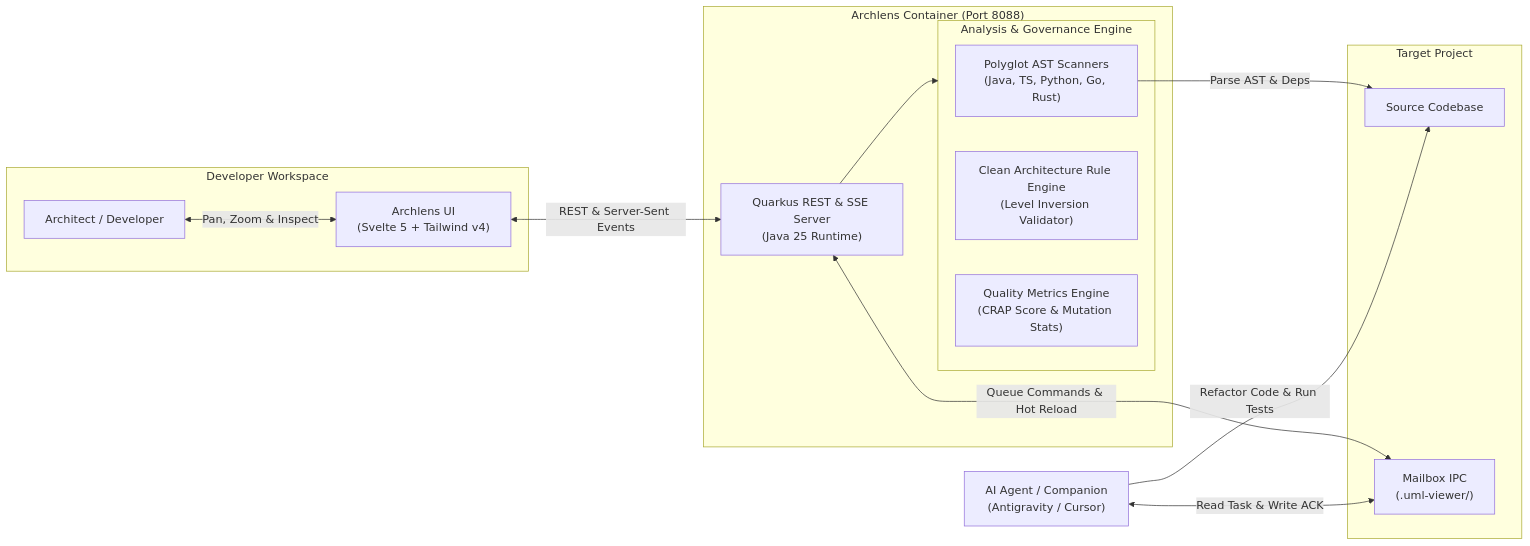
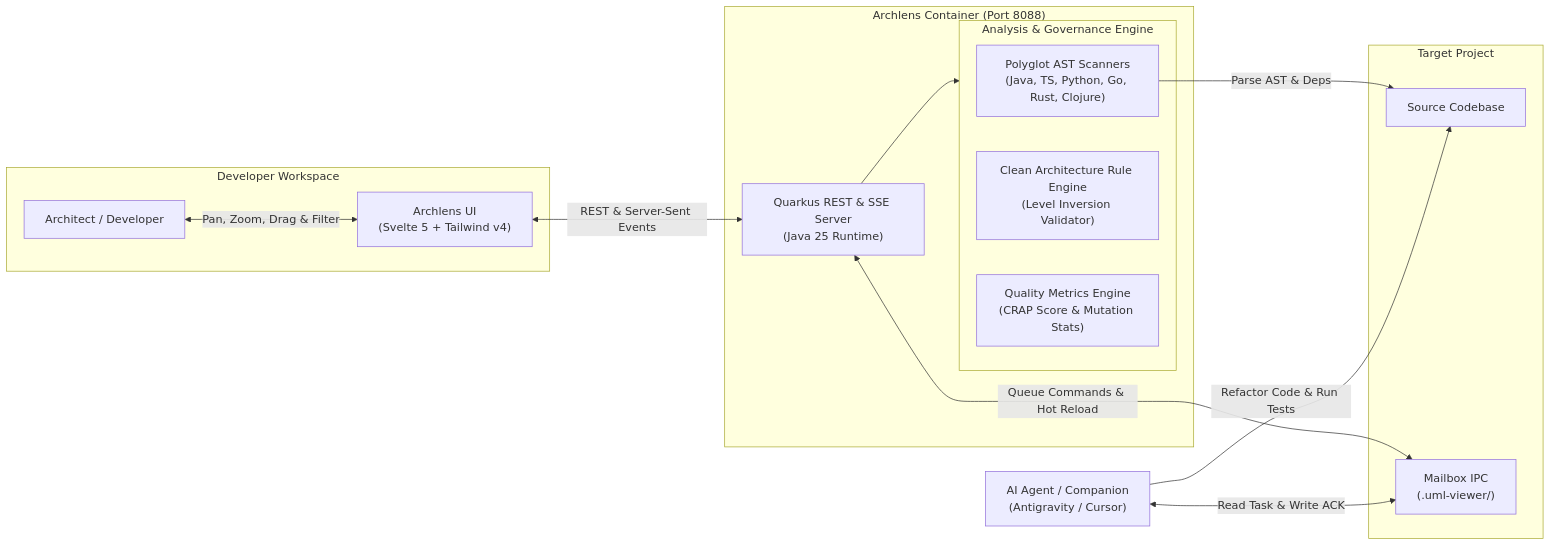
One commit to fmatar/archlens changed the diagram in README.md. Above: the diagram before and after it, drawn with Mermaid. The commit also changed other lines of this file and 1 other file, not shown here.

````diff
--- a/README.md
+++ b/README.md
@@ -46,32 +47,32 @@
 ```mermaid
 flowchart LR
     subgraph Client ["Developer Workspace"]
         User["Architect / Developer"]
         Browser["Archlens UI<br/>(Svelte 5 + Tailwind v4)"]
     end
 
     subgraph Runtime ["Archlens Container (Port 8088)"]
         Server["Quarkus REST & SSE Server<br/>(Java 25 Runtime)"]
         
         subgraph Core ["Analysis & Governance Engine"]
-            Scanner["Polyglot AST Scanners<br/>(Java, TS, Python, Go, Rust)"]
+            Scanner["Polyglot AST Scanners<br/>(Java, TS, Python, Go, Rust, Clojure)"]
             Rules["Clean Architecture Rule Engine<br/>(Level Inversion Validator)"]
             Metrics["Quality Metrics Engine<br/>(CRAP Score & Mutation Stats)"]
         end
     end
 
     subgraph Storage ["Target Project"]
         Code["Source Codebase"]
         Mailbox["Mailbox IPC<br/>(.uml-viewer/)"]
     end
 
     Agent["AI Agent / Companion<br/>(Antigravity / Cursor)"]
 
-    User <-->|Pan, Zoom & Inspect| Browser
+    User <-->|Pan, Zoom, Drag & Filter| Browser
     Browser <-->|REST & Server-Sent Events| Server
     Server --> Core
     Scanner -->|Parse AST & Deps| Code
     Server <-->|Queue Commands & Hot Reload| Mailbox
     Agent <-->|Read Task & Write ACK| Mailbox
     Agent -->|Refactor Code & Run Tests| Code
 ```
````
